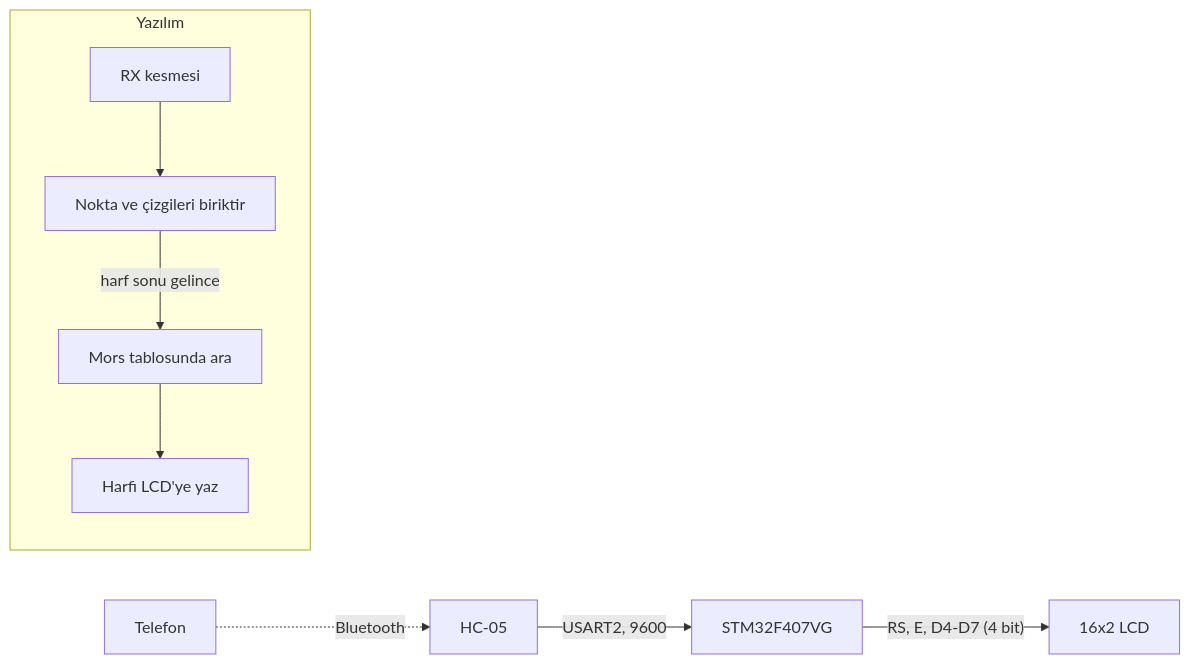
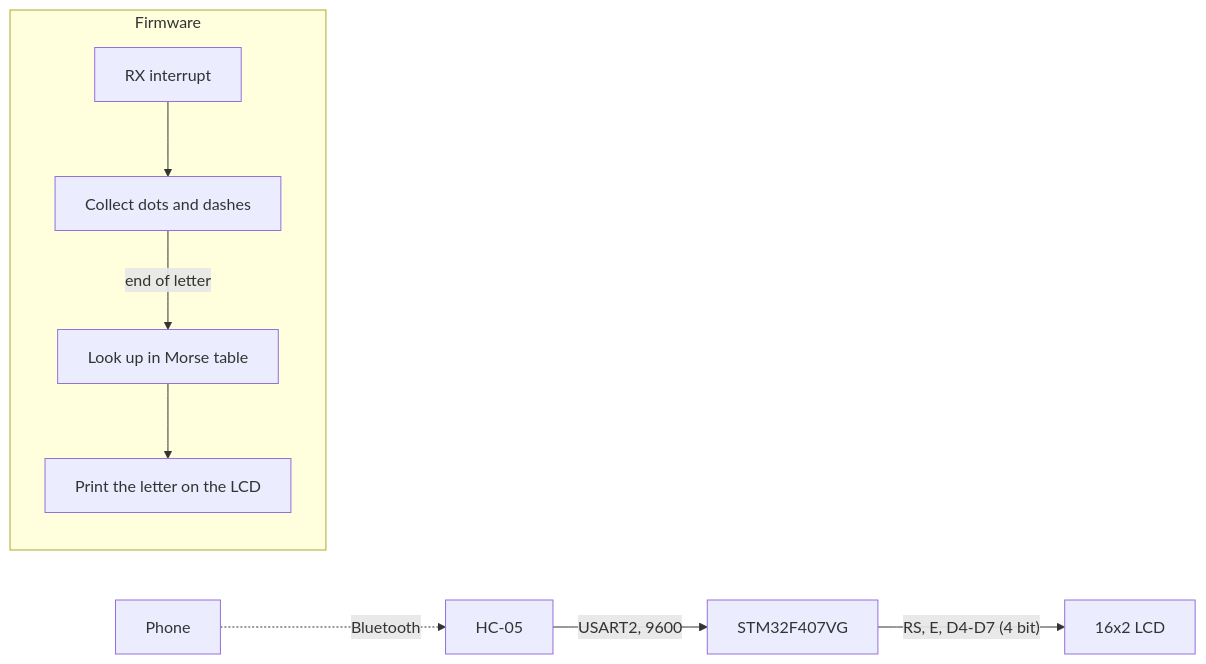
Before and after one commit to meyubcan/stm32-bluetooth-morse-lcd: the diagram in README.md, drawn with Mermaid. The commit also changed other lines of this file and 1 other file, not shown here.

````diff
--- a/README.md
+++ b/README.md
@@ -9,11 +13,11 @@
 ```mermaid
 flowchart LR
-    TEL[Telefon] -. Bluetooth .-> BT[HC-05]
+    TEL[Phone] -. Bluetooth .-> BT[HC-05]
     BT -- "USART2, 9600" --> MCU[STM32F407VG]
     MCU -- "RS, E, D4-D7 (4 bit)" --> LCD[16x2 LCD]
-    subgraph SW[Yazılım]
-        RX[RX kesmesi] --> BUF[Nokta ve çizgileri biriktir]
-        BUF -- "harf sonu gelince" --> TAB[Mors tablosunda ara]
-        TAB --> OUT[Harfi LCD'ye yaz]
+    subgraph SW[Firmware]
+        RX[RX interrupt] --> BUF[Collect dots and dashes]
+        BUF -- "end of letter" --> TAB[Look up in Morse table]
+        TAB --> OUT[Print the letter on the LCD]
     end
 ```
````
